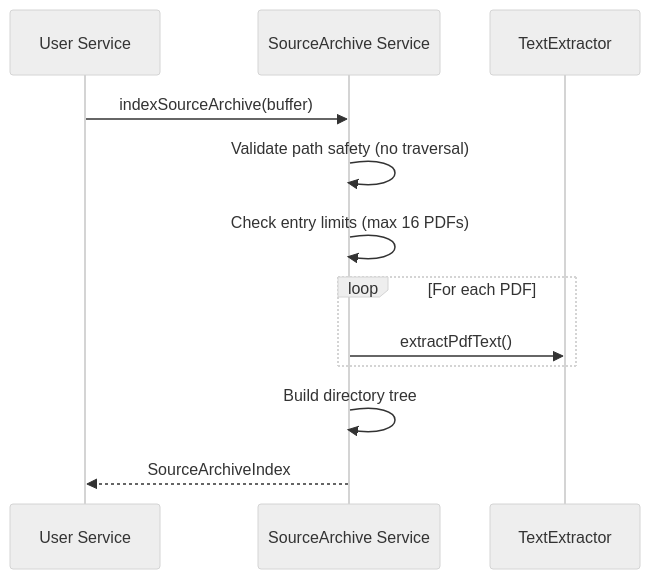
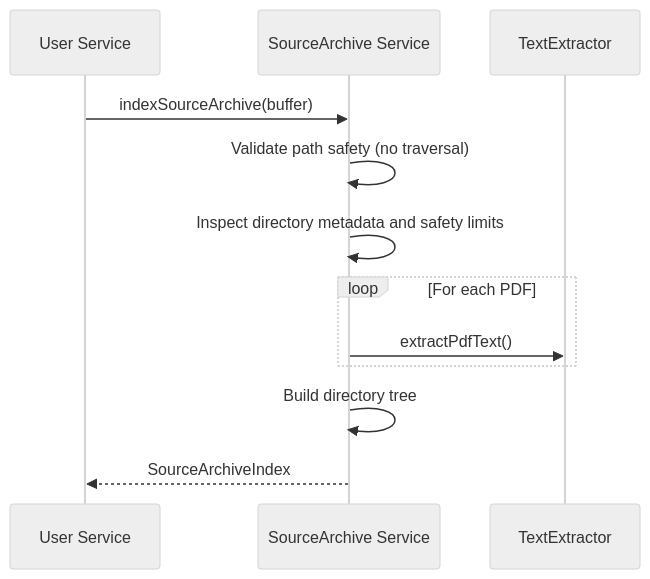
One commit to immagiov4/Nous changed the second of 2 diagrams in .cubic/wiki/03-section-features/03-p-doc-processing.md. Above: the diagram before and after it, drawn with Mermaid (neutral theme). The commit also changed other lines of this file and 48 other files, not shown here.

````diff
--- a/.cubic/wiki/03-section-features/03-p-doc-processing.md
+++ b/.cubic/wiki/03-section-features/03-p-doc-processing.md
@@ -106,15 +106,15 @@
 ```mermaid
 sequenceDiagram
     participant User as User Service
     participant Archive as SourceArchive Service
     participant Extract as TextExtractor
     
     User->>Archive: indexSourceArchive(buffer)
     Archive->>Archive: Validate path safety (no traversal)
-    Archive->>Archive: Check entry limits (max 16 PDFs)
+    Archive->>Archive: Inspect directory metadata and safety limits
     loop For each PDF
         Archive->>Extract: extractPdfText()
     end
     Archive->>Archive: Build directory tree
     Archive-->>User: SourceArchiveIndex
 ```
````
